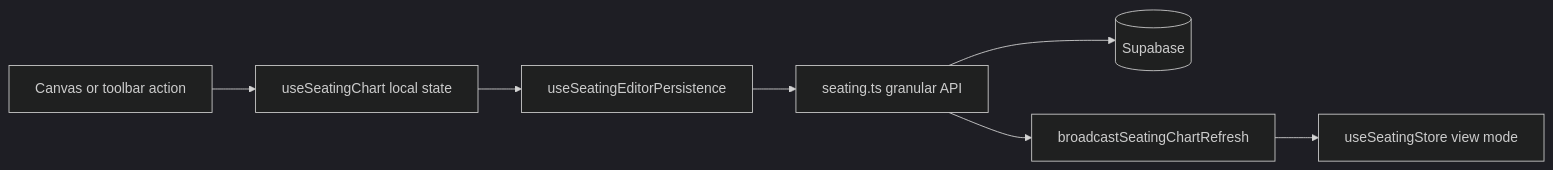
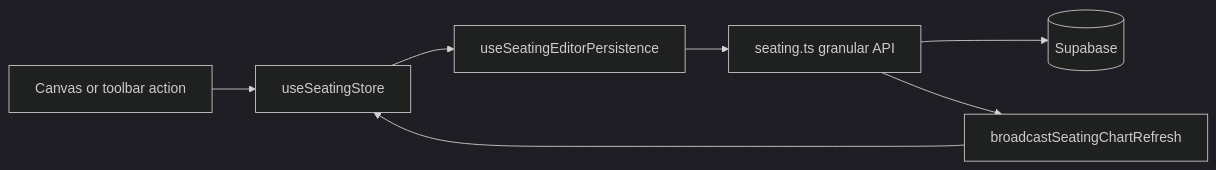
The diagram in docs/seating_editor_save_audit.md (kisdreamteam/KIS-Points-V2-Live), drawn with Mermaid (dark theme) before and after one commit. The commit also changed other lines of this file and 6 other files, not shown here.

First line of the commit message:
feat(seating): unify editor and view layout state in useSeatingStore

````diff
--- a/docs/seating_editor_save_audit.md
+++ b/docs/seating_editor_save_audit.md
@@ -20,17 +21,16 @@
 ```mermaid
 flowchart LR
   action[Canvas or toolbar action]
-  local[useSeatingChart local state]
+  store[useSeatingStore]
   persist[useSeatingEditorPersistence]
   api[seating.ts granular API]
   db[(Supabase)]
   broadcast[broadcastSeatingChartRefresh]
-  viewStore[useSeatingStore view mode]
 
-  action --> local
-  local --> persist
+  action --> store
+  store --> persist
   persist --> api
   api --> db
   api --> broadcast
-  broadcast --> viewStore
+  broadcast --> store
 ```
````
